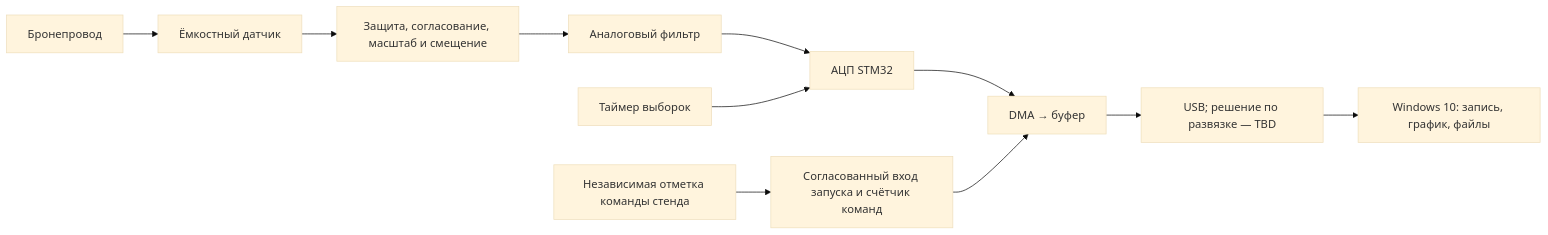
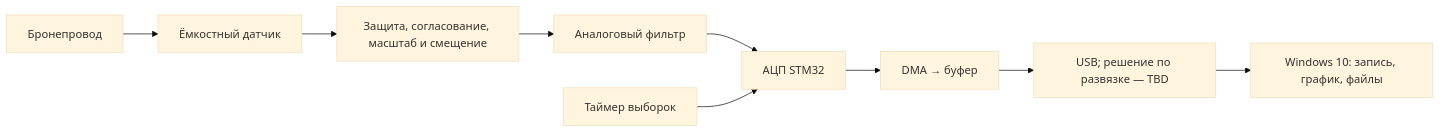
The diagram in docs/architecture.md (font-weight/stm32_motortester), drawn with Mermaid (base theme) before and after one commit. The commit also changed other lines of this file and 18 other files, not shown here.

````diff
--- a/docs/architecture.md
+++ b/docs/architecture.md
@@ -7,13 +9,11 @@
 ```mermaid
 flowchart LR
     W["Бронепровод"] --> S["Ёмкостный датчик"]
     S --> A["Защита, согласование, масштаб и смещение"]
     A --> F["Аналоговый фильтр"]
     F --> C["АЦП STM32"]
     T["Таймер выборок"] --> C
     C --> D["DMA → буфер"]
-    X["Независимая отметка команды стенда"] --> I["Согласованный вход запуска и счётчик команд"]
-    I --> D
     D --> U["USB; решение по развязке — TBD"]
     U --> P["Windows 10: запись, график, файлы"]
 ```
````
